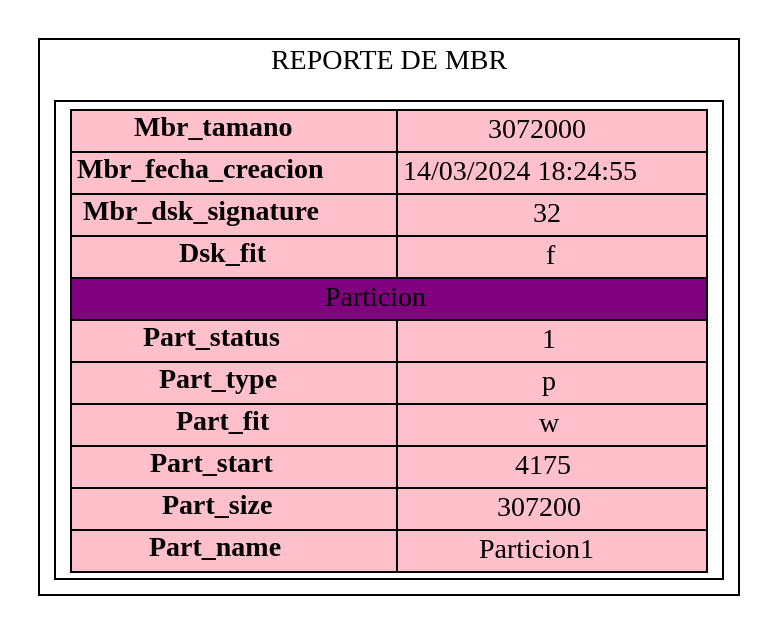
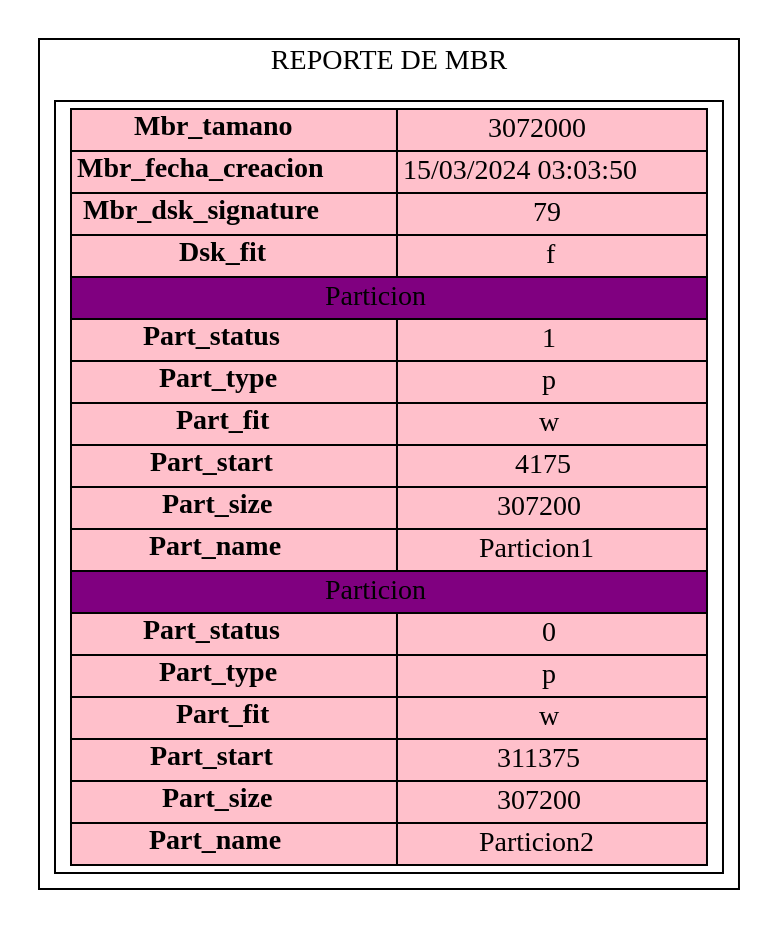
One commit to NatalyDuarte/MIA_P1_202001570 changed the diagram in Mbr.dot. Above: the diagram before and after it, drawn with Graphviz. The commit also changed 20 other files, not shown here.

```diff
--- a/Mbr.dot
+++ b/Mbr.dot
@@ -1,17 +1,23 @@
 digraph G{
 subgraph cluster{
 label="REPORTE DE MBR"
 tbl[shape=box,label=<
 <table border='0' cellborder='1' cellspacing='0' width='300'  height='200' >
 <tr> <td width='150' bgcolor="pink"><b>Mbr_tamano</b></td><td width='150' bgcolor="pink">3072000</td>  </tr>
-<tr>  <td bgcolor="pink"><b>Mbr_fecha_creacion</b></td><td bgcolor="pink">14/03/2024 18:24:55</td>  </tr>
-<tr>  <td bgcolor="pink"><b>Mbr_dsk_signature</b></td><td bgcolor="pink">32</td>  </tr>
+<tr>  <td bgcolor="pink"><b>Mbr_fecha_creacion</b></td><td bgcolor="pink">15/03/2024 03:03:50</td>  </tr>
+<tr>  <td bgcolor="pink"><b>Mbr_dsk_signature</b></td><td bgcolor="pink">79</td>  </tr>
 <tr>  <td bgcolor="pink"><b>Dsk_fit</b></td><td bgcolor="pink">f</td>  </tr><tr><td colspan="2" bgcolor="purple">Particion</td></tr><tr>  <td bgcolor="pink"><b>Part_status</b></td><td bgcolor="pink">1</td>  </tr>
 <tr>  <td bgcolor="pink"><b>Part_type</b></td><td bgcolor="pink">p</td>  </tr>
 <tr>  <td bgcolor="pink"><b>Part_fit</b></td><td bgcolor="pink">w</td>  </tr>
 <tr>  <td bgcolor="pink"><b>Part_start </b></td><td bgcolor="pink">4175</td>  </tr>
 <tr>  <td bgcolor="pink"><b>Part_size</b></td><td bgcolor="pink">307200</td>  </tr>
 <tr>  <td bgcolor="pink"><b>Part_name</b></td><td bgcolor="pink">Particion1</td>  </tr>
+<tr><td colspan="2" bgcolor="purple">Particion</td></tr><tr>  <td bgcolor="pink"><b>Part_status</b></td><td bgcolor="pink">0</td>  </tr>
+<tr>  <td bgcolor="pink"><b>Part_type</b></td><td bgcolor="pink">p</td>  </tr>
+<tr>  <td bgcolor="pink"><b>Part_fit</b></td><td bgcolor="pink">w</td>  </tr>
+<tr>  <td bgcolor="pink"><b>Part_start </b></td><td bgcolor="pink">311375</td>  </tr>
+<tr>  <td bgcolor="pink"><b>Part_size</b></td><td bgcolor="pink">307200</td>  </tr>
+<tr>  <td bgcolor="pink"><b>Part_name</b></td><td bgcolor="pink">Particion2</td>  </tr>
 </table>
 >];
 }}
```
